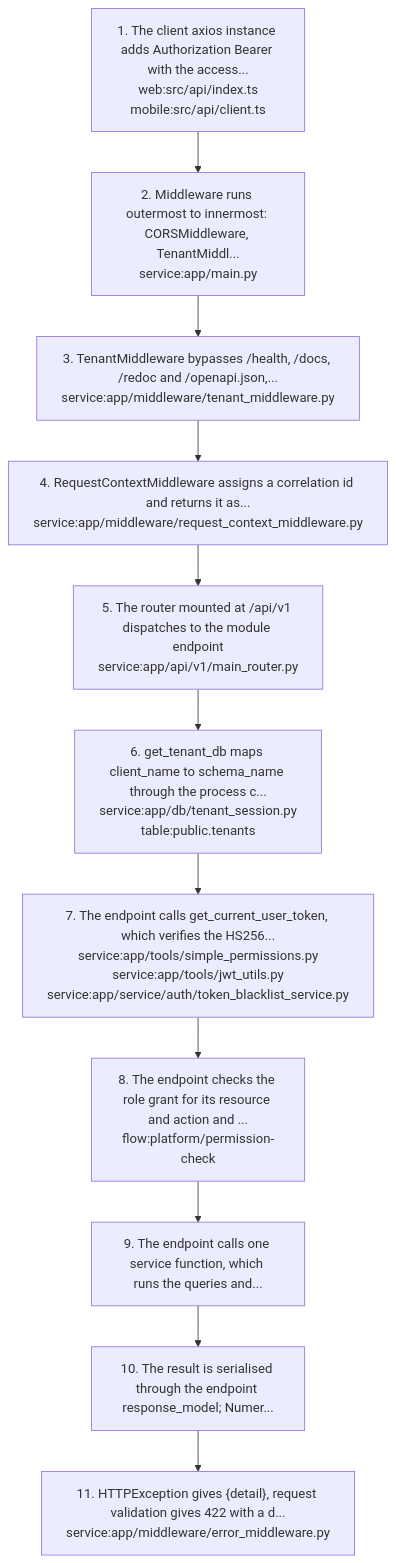
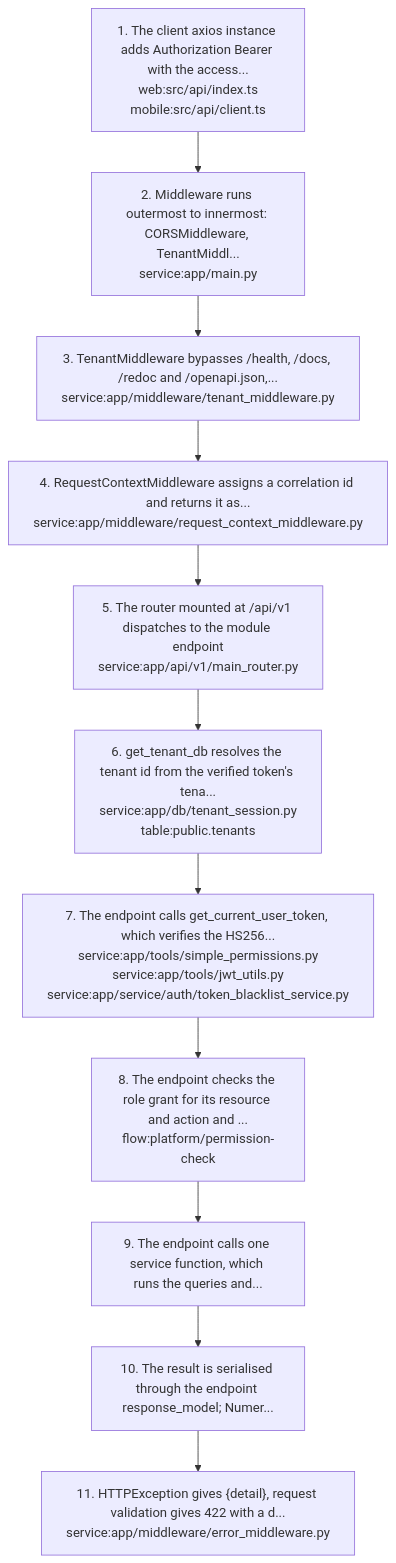
One commit to nerellasraj21/cos360_full_app changed the fifth of 7 diagrams in docs/graph/views/platform.md. Above: the diagram before and after it, drawn with Mermaid. The commit also changed other lines of this file and 175 other files, not shown here.

````diff
--- a/docs/graph/views/platform.md
+++ b/docs/graph/views/platform.md
@@ -178,24 +185,24 @@
 ```mermaid
 flowchart TD
   s1["1. The client axios instance adds Authorization Bearer with the access...<br/>web:src/api/index.ts<br/>mobile:src/api/client.ts"]
   s2["2. Middleware runs outermost to innermost: CORSMiddleware, TenantMiddl...<br/>service:app/main.py"]
   s1 --> s2
   s3["3. TenantMiddleware bypasses /health, /docs, /redoc and /openapi.json,...<br/>service:app/middleware/tenant_middleware.py"]
   s2 --> s3
   s4["4. RequestContextMiddleware assigns a correlation id and returns it as...<br/>service:app/middleware/request_context_middleware.py"]
   s3 --> s4
   s5["5. The router mounted at /api/v1 dispatches to the module endpoint<br/>service:app/api/v1/main_router.py"]
   s4 --> s5
-  s6["6. get_tenant_db maps client_name to schema_name through the process c...<br/>service:app/db/tenant_session.py<br/>table:public.tenants"]
+  s6["6. get_tenant_db resolves the tenant id from the verified token's tena...<br/>service:app/db/tenant_session.py<br/>table:public.tenants"]
   s5 --> s6
   s7["7. The endpoint calls get_current_user_token, which verifies the HS256...<br/>service:app/tools/simple_permissions.py<br/>service:app/tools/jwt_utils.py<br/>service:app/service/auth/token_blacklist_service.py"]
   s6 --> s7
   s8["8. The endpoint checks the role grant for its resource and action and ...<br/>flow:platform/permission-check"]
   s7 --> s8
   s9["9. The endpoint calls one service function, which runs the queries and..."]
   s8 --> s9
   s10["10. The result is serialised through the endpoint response_model; Numer..."]
   s9 --> s10
   s11["11. HTTPException gives {detail}, request validation gives 422 with a d...<br/>service:app/middleware/error_middleware.py"]
   s10 --> s11
 ```
````
